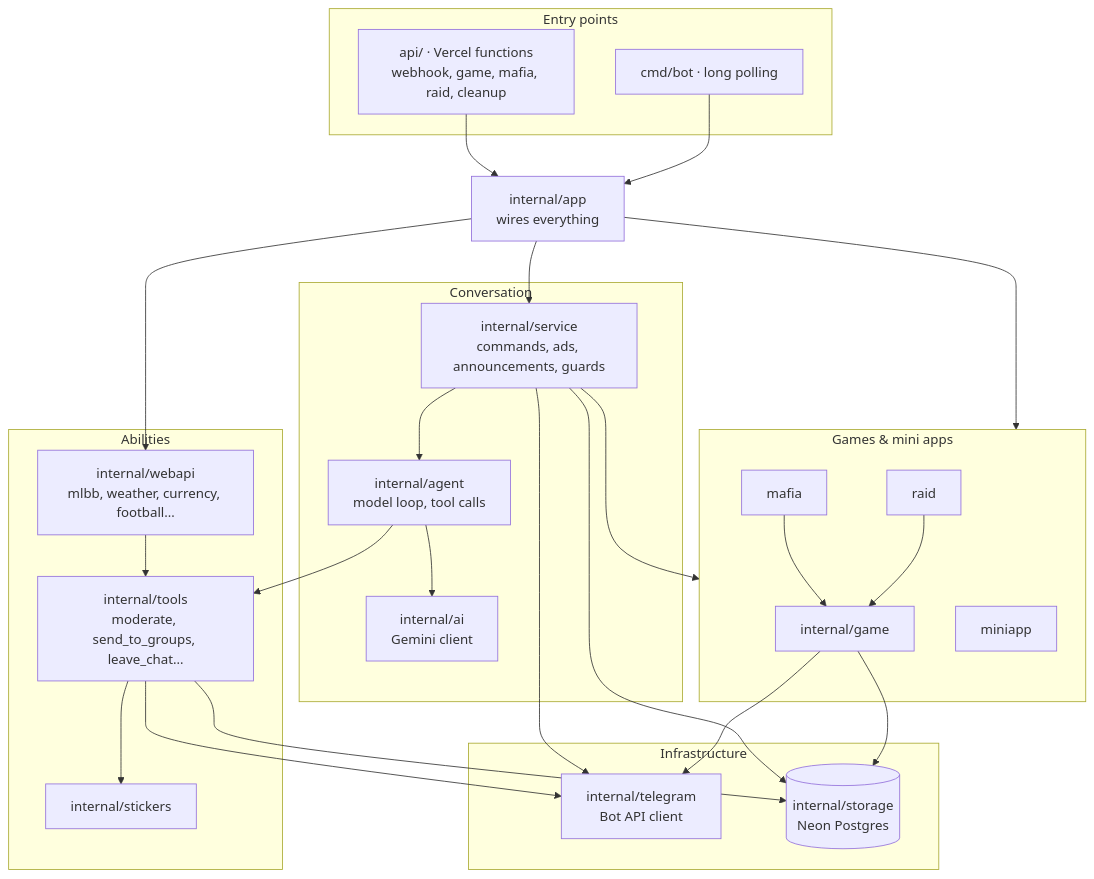
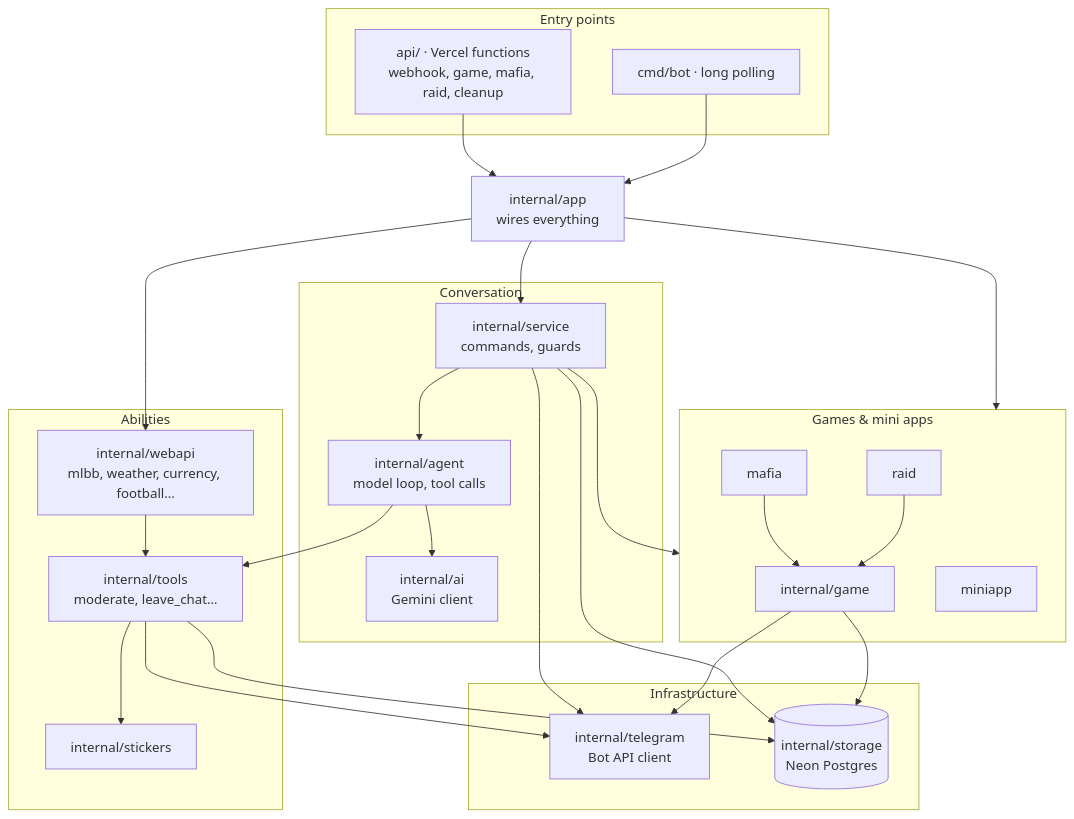
One commit to qobulov/telegram-ai-bot changed the diagram in README.md. Above: the diagram before and after it, drawn with Mermaid. The commit also changed other lines of this file and 24 other files, not shown here.

````diff
--- a/README.md
+++ b/README.md
@@ -79,53 +79,53 @@
 ```mermaid
 flowchart TD
   subgraph entry["Entry points"]
     api["api/ · Vercel functions<br/>webhook, game, mafia, raid, cleanup"]
     cmd["cmd/bot · long polling"]
   end
 
   app["internal/app<br/>wires everything"]
 
   subgraph core["Conversation"]
-    service["internal/service<br/>commands, ads, announcements, guards"]
+    service["internal/service<br/>commands, guards"]
     agent["internal/agent<br/>model loop, tool calls"]
     ai["internal/ai<br/>Gemini client"]
   end
 
   subgraph abilities["Abilities"]
-    tools["internal/tools<br/>moderate, send_to_groups, leave_chat…"]
+    tools["internal/tools<br/>moderate, leave_chat…"]
     webapi["internal/webapi<br/>mlbb, weather, currency, football…"]
     stickers["internal/stickers"]
   end
 
   subgraph games["Games & mini apps"]
     game["internal/game"]
     mafia["mafia"]
     raid["raid"]
     miniapp["miniapp"]
   end
 
   subgraph infra["Infrastructure"]
     telegram["internal/telegram<br/>Bot API client"]
     storage[("internal/storage<br/>Neon Postgres")]
   end
 
   api --> app
   cmd --> app
   app --> service
   app --> games
   app --> webapi
   service --> agent
   agent --> ai
   agent --> tools
   webapi --> tools
   tools --> stickers
   mafia --> game
   raid --> game
   service --> games
   service --> storage
   tools --> storage
   game --> storage
   service --> telegram
   tools --> telegram
   game --> telegram
 ```
````
